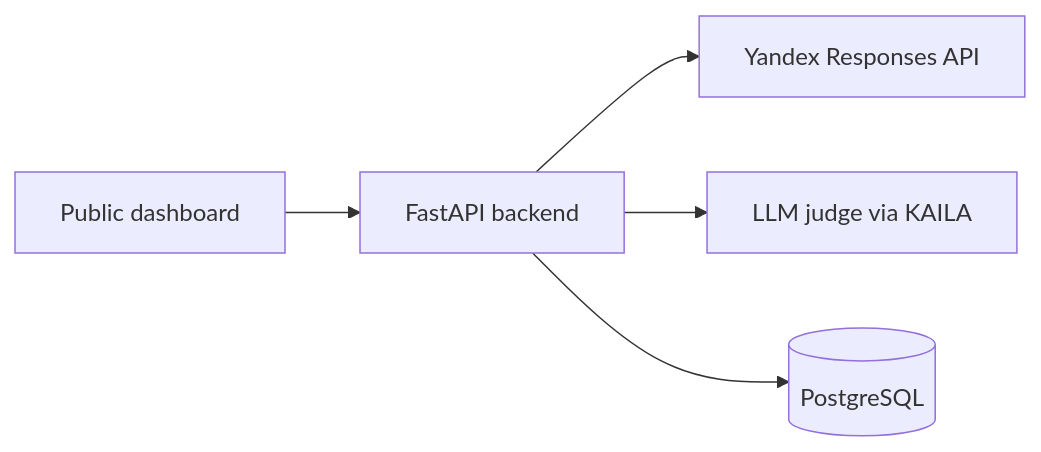
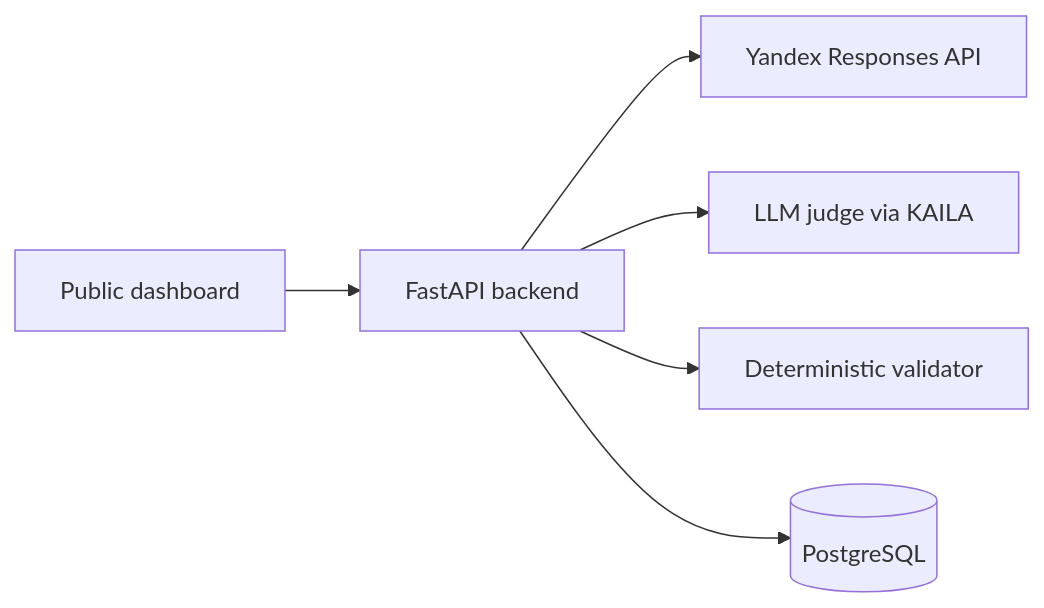
Before and after one commit to Kopylov-Andrey/alfabank-contractor-check-ai: the diagram in apps/regression-dashboard/README.md, drawn with Mermaid. The commit also changed other lines of this file and 8 other files, not shown here.

````diff
--- a/apps/regression-dashboard/README.md
+++ b/apps/regression-dashboard/README.md
@@ -18,7 +19,8 @@
 ```mermaid
 flowchart LR
     UI[Public dashboard] --> API[FastAPI backend]
     API --> YA[Yandex Responses API]
     API --> J[LLM judge via KAILA]
+    API --> V[Deterministic validator]
     API --> DB[(PostgreSQL)]
 ```
````
